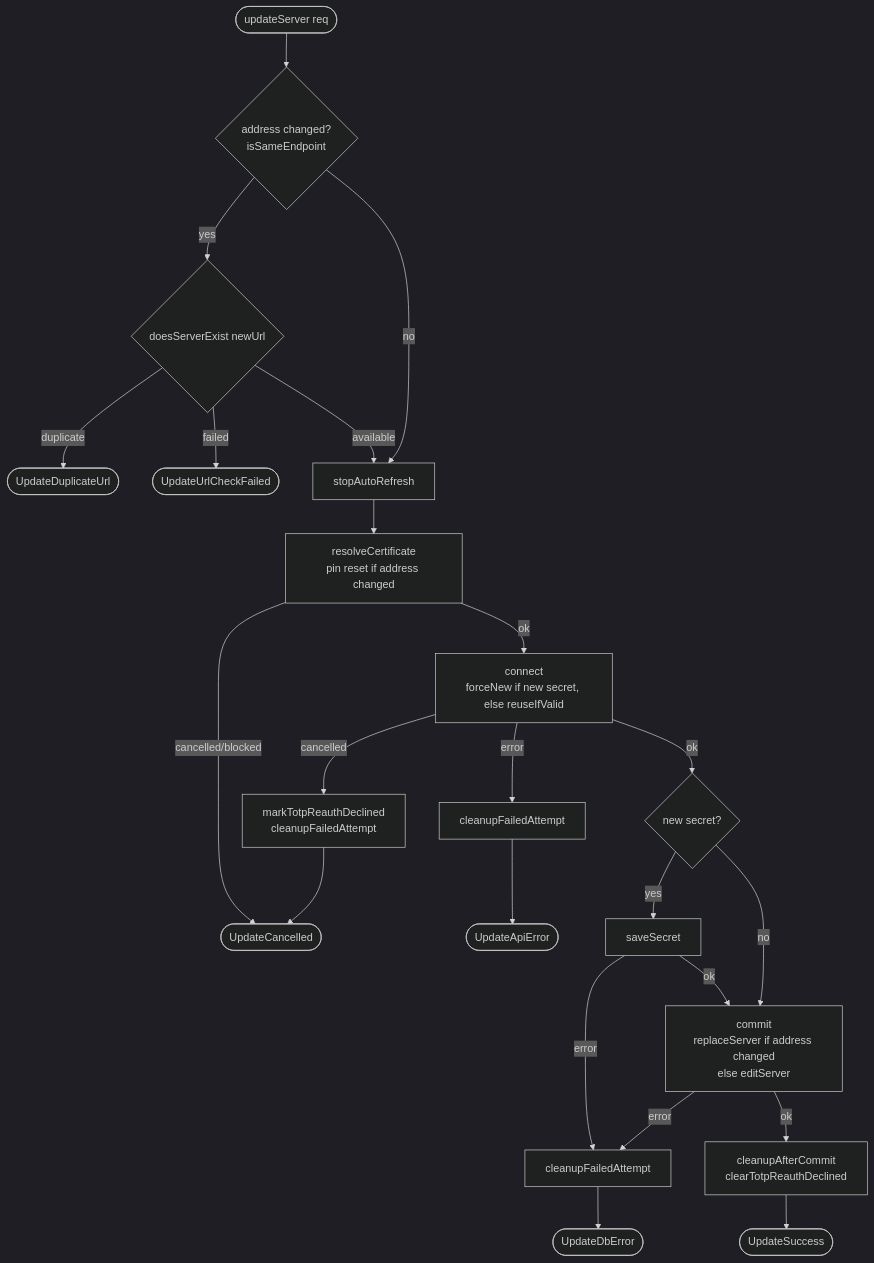
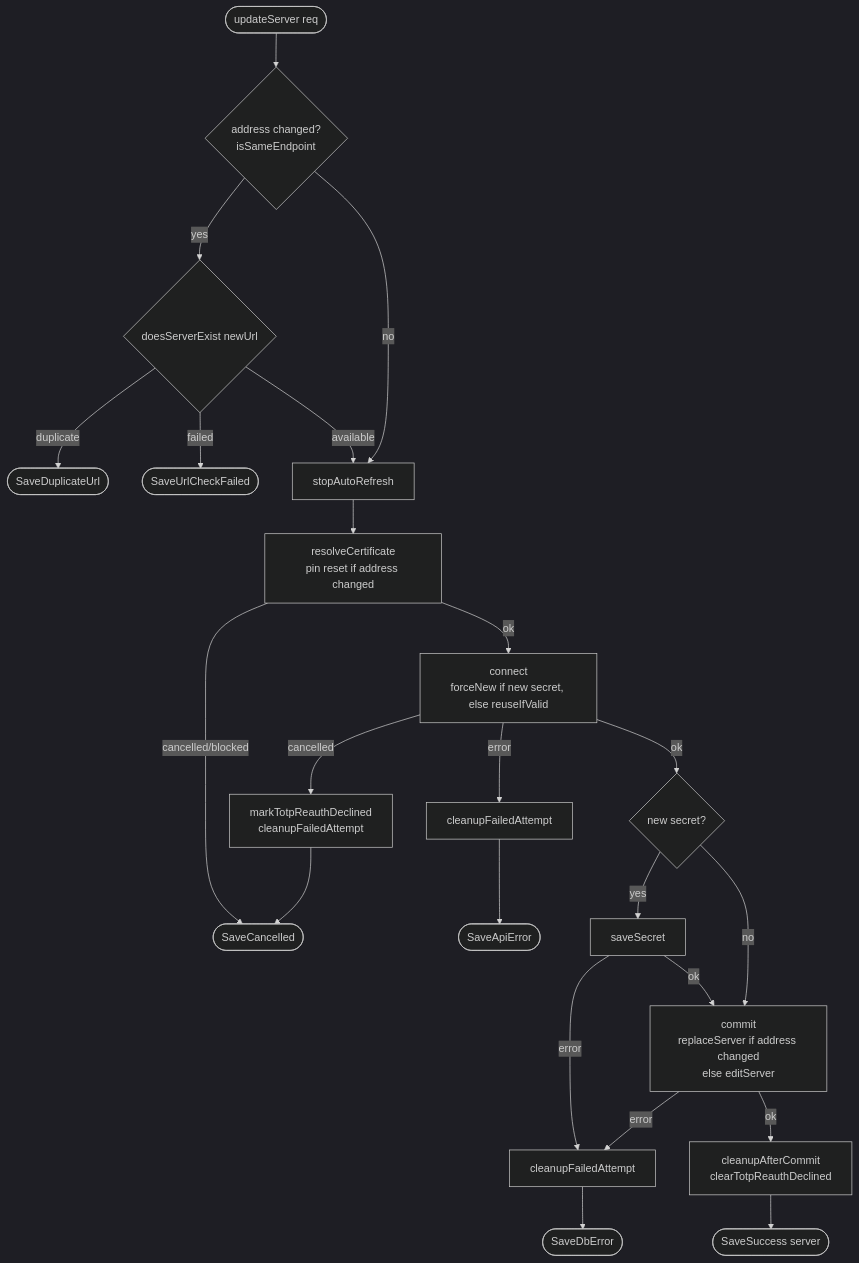
Before and after one commit to tsutsu3/pi-hole-client: the third of 8 diagrams in docs/server-connection-flow.md, drawn with Mermaid (dark theme). The commit also changed other lines of this file and 3 other files, not shown here.

````diff
--- a/docs/server-connection-flow.md
+++ b/docs/server-connection-flow.md
@@ -99,22 +99,22 @@
 ```mermaid
 flowchart TD
   A([updateServer req]) --> B{address changed?<br/>isSameEndpoint}
   B -- yes --> C{doesServerExist newUrl}
-  C -- duplicate --> CD([UpdateDuplicateUrl])
-  C -- failed --> CF([UpdateUrlCheckFailed])
+  C -- duplicate --> CD([SaveDuplicateUrl])
+  C -- failed --> CF([SaveUrlCheckFailed])
   C -- available --> E[stopAutoRefresh]
   B -- no --> E
   E --> F[resolveCertificate<br/>pin reset if address changed]
-  F -- cancelled/blocked --> H([UpdateCancelled])
+  F -- cancelled/blocked --> H([SaveCancelled])
   F -- ok --> J[connect<br/>forceNew if new secret, else reuseIfValid]
   J -- cancelled --> JC[markTotpReauthDeclined<br/>cleanupFailedAttempt] --> H
-  J -- error --> JE[cleanupFailedAttempt] --> JA([UpdateApiError])
+  J -- error --> JE[cleanupFailedAttempt] --> JA([SaveApiError])
   J -- ok --> K{new secret?}
   K -- yes --> S[saveSecret]
   K -- no --> R
-  S -- error --> X[cleanupFailedAttempt] --> T([UpdateDbError])
+  S -- error --> X[cleanupFailedAttempt] --> T([SaveDbError])
   S -- ok --> R[commit<br/>replaceServer if address changed<br/>else editServer]
   R -- error --> X
   R -- ok --> U[cleanupAfterCommit<br/>clearTotpReauthDeclined]
-  U --> W([UpdateSuccess])
+  U --> W([SaveSuccess server])
 ```
````
